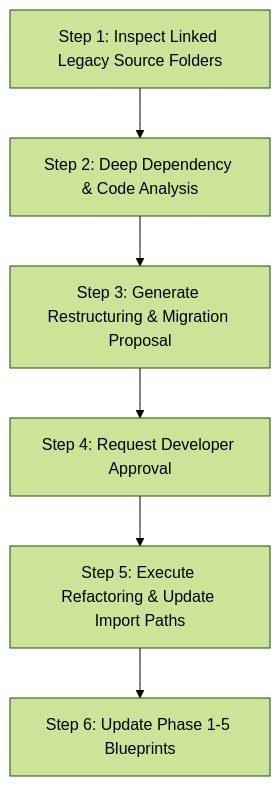
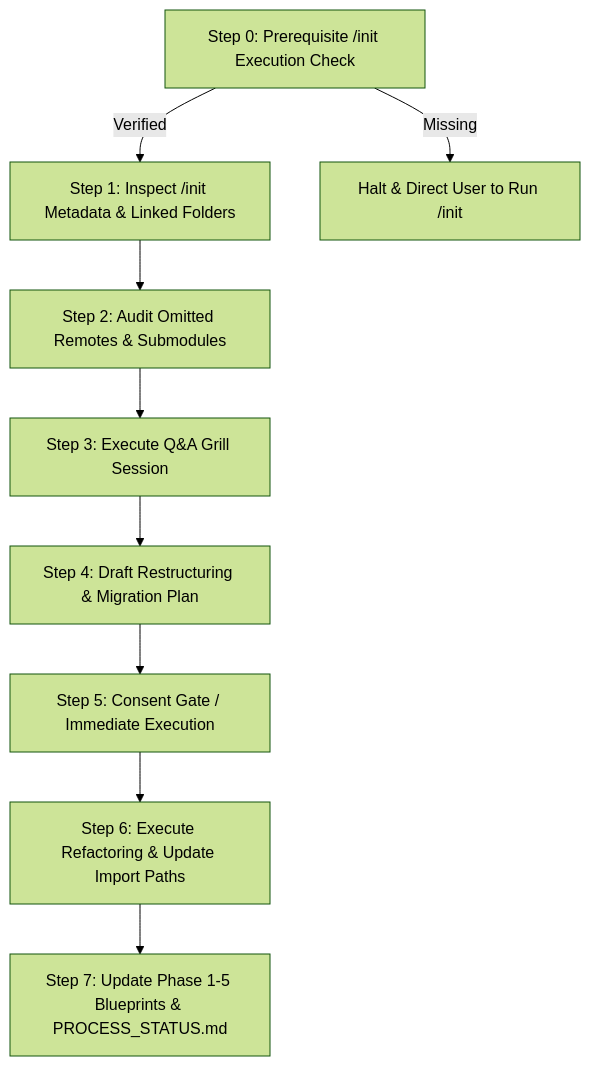
The second of 2 diagrams in fullstack_software_dev/process_history/process_history_workflow.md (hrvthgergo/agent-driven-templates), drawn with Mermaid (forest theme) before and after one commit. The commit also changed other lines of this file and 2 other files, not shown here.

Commit message:
feat: complete /process-history workflow specifications, grill Q&A schema, code graph, and non-destructive as-is migration policy

````diff
--- a/fullstack_software_dev/process_history/process_history_workflow.md
+++ b/fullstack_software_dev/process_history/process_history_workflow.md
@@ -39,8 +72,11 @@
 ```mermaid
 graph TD
-    S1[Step 1: Inspect Linked Legacy Source Folders] --> S2[Step 2: Deep Dependency & Code Analysis]
-    S2 --> S3[Step 3: Generate Restructuring & Migration Proposal]
-    S3 --> S4[Step 4: Request Developer Approval]
-    S4 --> S5[Step 5: Execute Refactoring & Update Import Paths]
-    S5 --> S6[Step 6: Update Phase 1-5 Blueprints]
+    S0[Step 0: Prerequisite /init Execution Check] -->|Verified| S1[Step 1: Inspect /init Metadata & Linked Folders]
+    S0 -->|Missing| Err[Halt & Direct User to Run /init]
+    S1 --> S2[Step 2: Audit Omitted Remotes & Submodules]
+    S2 --> S3[Step 3: Execute Q&A Grill Session]
+    S3 --> S4[Step 4: Draft Restructuring & Migration Plan]
+    S4 --> S5[Step 5: Consent Gate / Immediate Execution]
+    S5 --> S6[Step 6: Execute Refactoring & Update Import Paths]
+    S6 --> S7[Step 7: Update Phase 1-5 Blueprints & PROCESS_STATUS.md]
 ```
````
